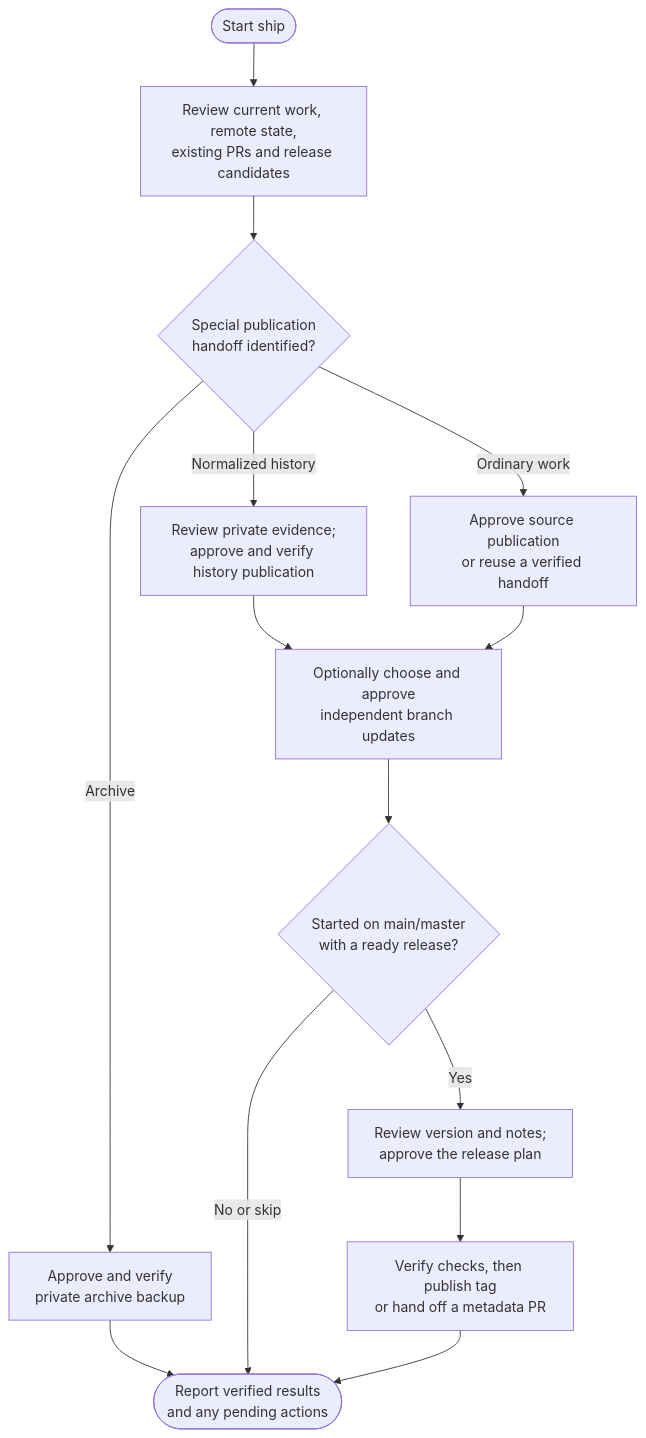
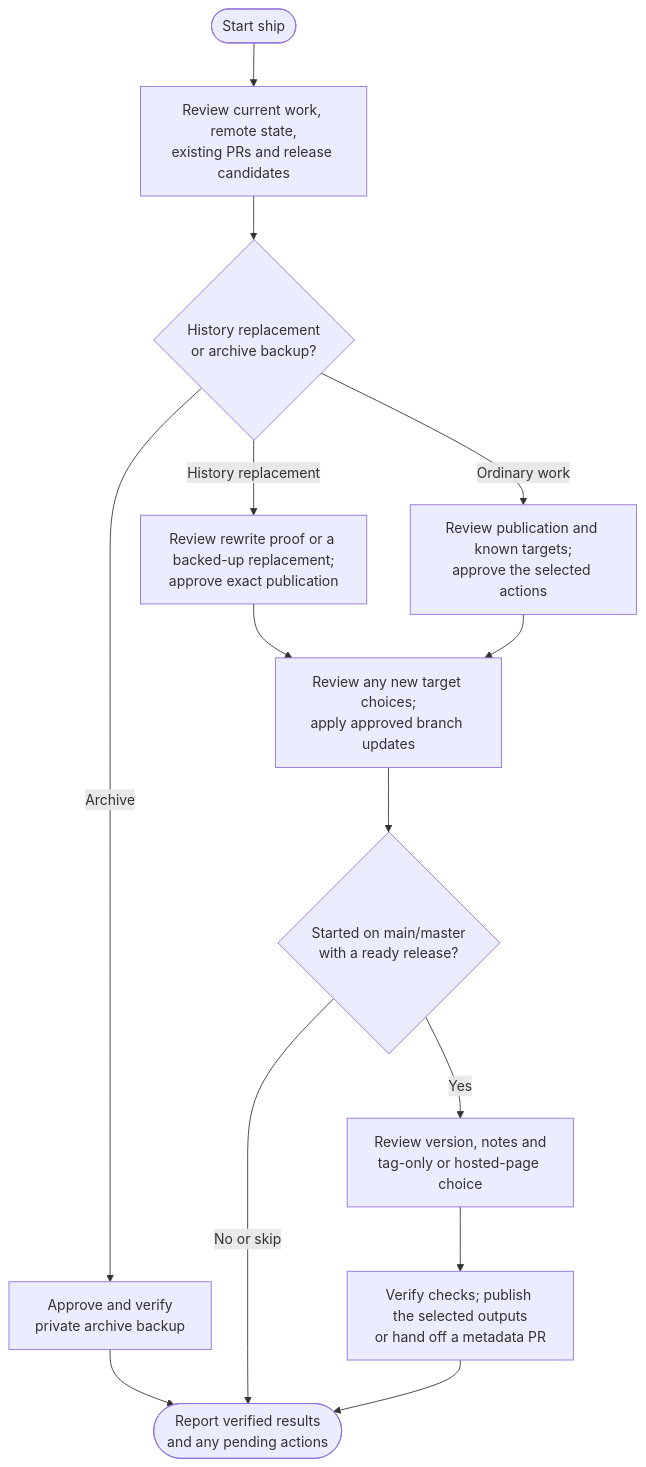
Before and after one commit to myowinthein/agent-helm: the diagram in docs/commands/ship/detailed.md, drawn with Mermaid. The commit also changed other lines of this file and 14 other files, not shown here.

````diff
--- a/docs/commands/ship/detailed.md
+++ b/docs/commands/ship/detailed.md
@@ -22,16 +25,16 @@
 ```mermaid
 flowchart TD
   Start(["Start ship"]) --> Inspect["Review current work, remote state,<br/>existing PRs and release candidates"]
-  Inspect --> Special{"Special publication<br/>handoff identified?"}
+  Inspect --> Special{"History replacement<br/>or archive backup?"}
   Special -->|Archive| Backup["Approve and verify<br/>private archive backup"]
   Backup --> End(["Report verified results<br/>and any pending actions"])
-  Special -->|Normalized history| History["Review private evidence;<br/>approve and verify history publication"]
-  Special -->|Ordinary work| Source["Approve source publication<br/>or reuse a verified handoff"]
-  History --> Targets["Optionally choose and approve<br/>independent branch updates"]
+  Special -->|History replacement| History["Review rewrite proof or a backed-up replacement;<br/>approve exact publication"]
+  Special -->|Ordinary work| Source["Review publication and known targets;<br/>approve the selected actions"]
+  History --> Targets["Review any new target choices;<br/>apply approved branch updates"]
   Source --> Targets
   Targets --> Ready{"Started on main/master<br/>with a ready release?"}
   Ready -->|No or skip| End
-  Ready -->|Yes| Release["Review version and notes;<br/>approve the release plan"]
-  Release --> Result["Verify checks, then publish tag<br/>or hand off a metadata PR"]
+  Ready -->|Yes| Release["Review version, notes and<br/>tag-only or hosted-page choice"]
+  Release --> Result["Verify checks; publish the selected outputs<br/>or hand off a metadata PR"]
   Result --> End
 ```
````
